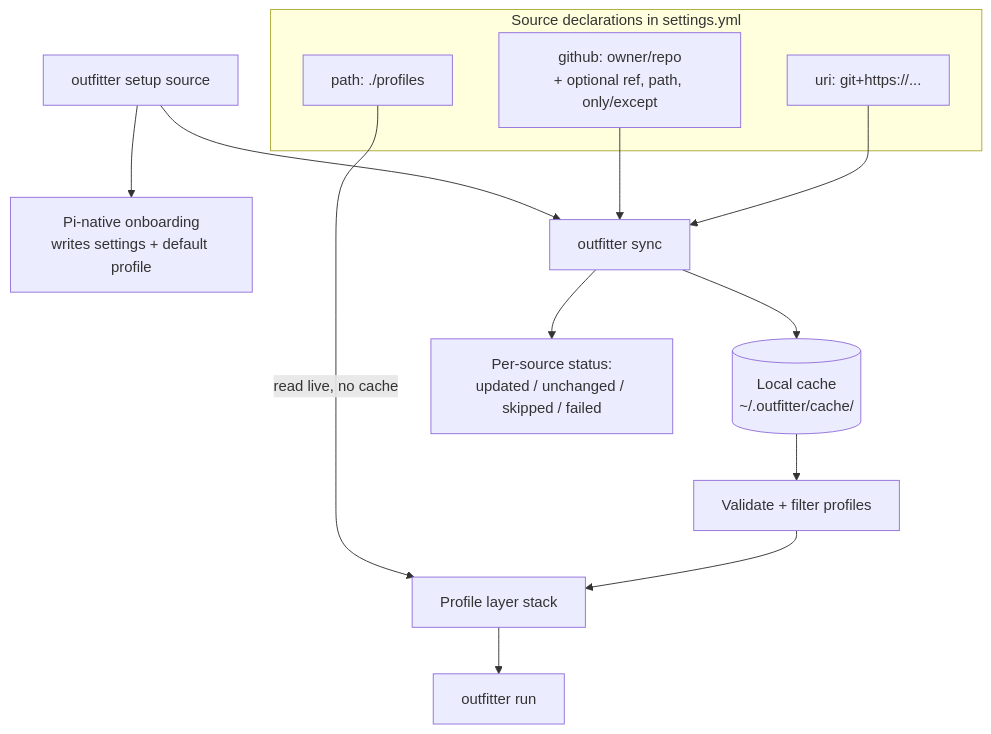
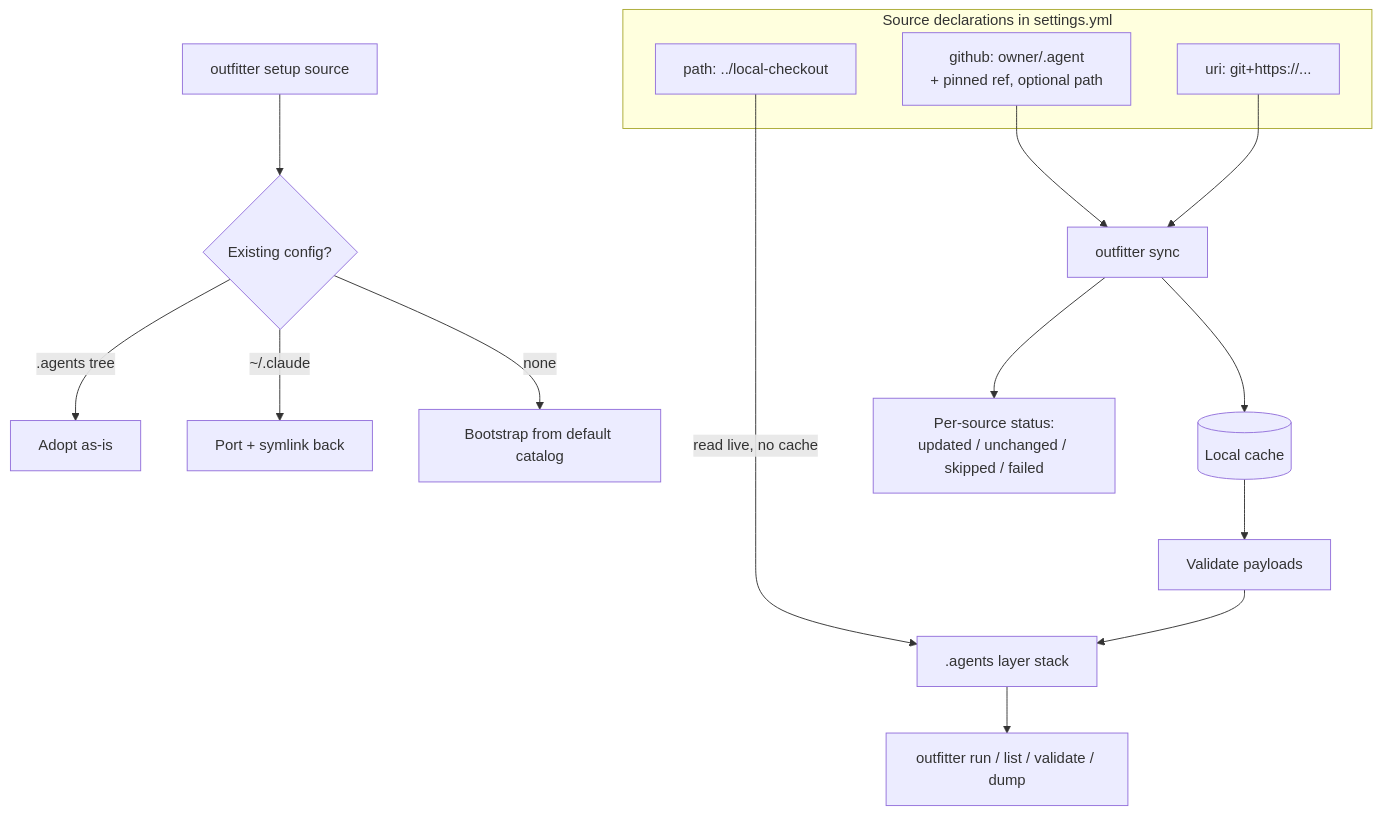
One commit to ai-outfitter/outfitter changed the third of 3 diagrams in docs/architecture/diagrams.md. Above: the diagram before and after it, drawn with Mermaid. The commit also changed other lines of this file and 51 other files, not shown here.

````diff
--- a/docs/architecture/diagrams.md
+++ b/docs/architecture/diagrams.md
@@ -80,20 +78,22 @@
 ```mermaid
 flowchart TB
   subgraph declare [Source declarations in settings.yml]
-    GH[github: owner/repo<br>+ optional ref, path, only/except]
+    GH[github: owner/.agent<br>+ pinned ref, optional path]
     URI[uri: git+https://...]
-    PATH[path: ./profiles]
+    PATH[path: ../local-checkout]
   end
 
-  SETUP[outfitter setup source] --> ONBOARD[Pi-native onboarding<br>writes settings + default profile]
-  SETUP --> SYNCOP
+  SETUP[outfitter setup source] --> DETECT{Existing config?}
+  DETECT -->|.agents tree| ADOPT[Adopt as-is]
+  DETECT -->|~/.claude| PORT[Port + symlink back]
+  DETECT -->|none| ONBOARD[Bootstrap from default catalog]
 
   GH --> SYNCOP[outfitter sync]
   URI --> SYNCOP
-  SYNCOP --> CACHE[(Local cache<br>~/.outfitter/cache/)]
+  SYNCOP --> CACHE[(Local cache)]
   SYNCOP --> STATUS[Per-source status:<br>updated / unchanged / skipped / failed]
-  CACHE --> VALIDATE[Validate + filter profiles]
+  CACHE --> VALIDATE[Validate payloads]
   PATH -->|read live, no cache| LAYERS
-  VALIDATE --> LAYERS[Profile layer stack]
-  LAYERS --> RUN[outfitter run]
+  VALIDATE --> LAYERS[.agents layer stack]
+  LAYERS --> RUN[outfitter run / list / validate / dump]
 ```
````
